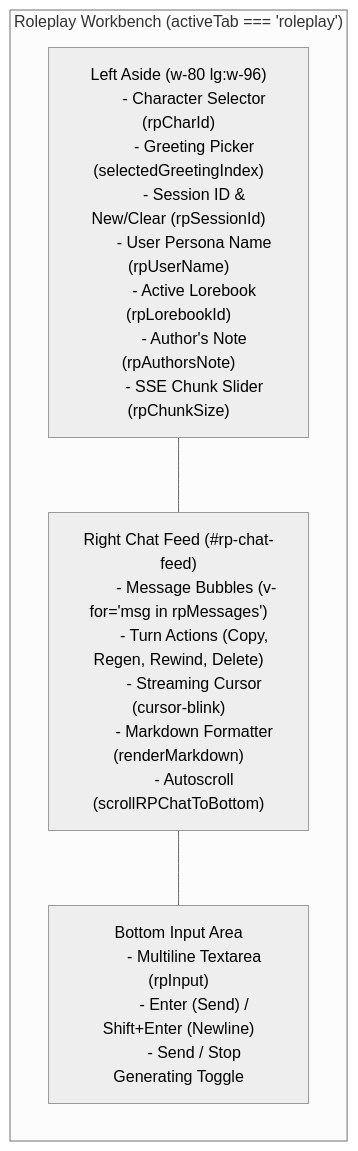
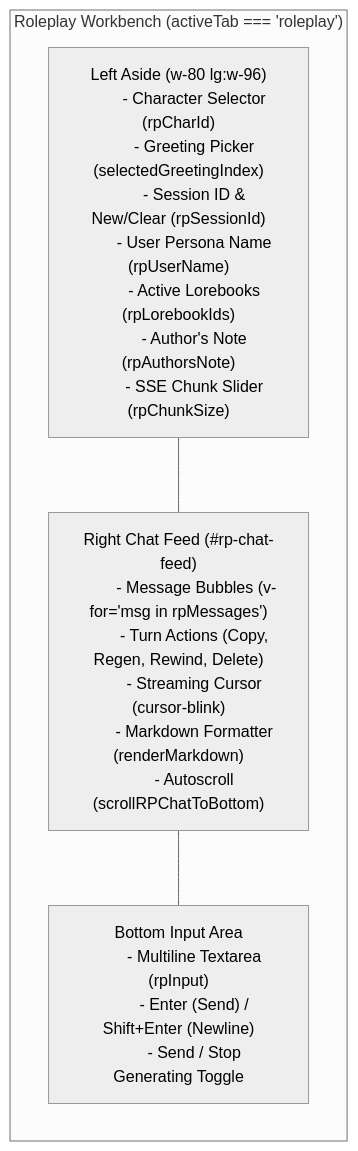
Before and after one commit to tangcc35/slm-vlm-post-training: the second of 3 diagrams in .agents/skills/story-rp-frontend/references/ui-components-and-modes.md, drawn with Mermaid (neutral theme). The commit also changed other lines of this file and 16 other files, not shown here.

````diff
--- a/.agents/skills/story-rp-frontend/references/ui-components-and-modes.md
+++ b/.agents/skills/story-rp-frontend/references/ui-components-and-modes.md
@@ -63,26 +63,26 @@
 ```mermaid
 flowchart LR
     subgraph RoleplayTab["Roleplay Workbench (activeTab === 'roleplay')"]
         direction TB
         Sidebar["Left Aside (w-80 lg:w-96)
         - Character Selector (rpCharId)
         - Greeting Picker (selectedGreetingIndex)
         - Session ID & New/Clear (rpSessionId)
         - User Persona Name (rpUserName)
-        - Active Lorebook (rpLorebookId)
+        - Active Lorebooks (rpLorebookIds)
         - Author's Note (rpAuthorsNote)
         - SSE Chunk Slider (rpChunkSize)"]
         ChatFeed["Right Chat Feed (#rp-chat-feed)
         - Message Bubbles (v-for='msg in rpMessages')
         - Turn Actions (Copy, Regen, Rewind, Delete)
         - Streaming Cursor (cursor-blink)
         - Markdown Formatter (renderMarkdown)
         - Autoscroll (scrollRPChatToBottom)"]
         InputBar["Bottom Input Area
         - Multiline Textarea (rpInput)
         - Enter (Send) / Shift+Enter (Newline)
         - Send / Stop Generating Toggle"]
         Sidebar --- ChatFeed
         ChatFeed --- InputBar
     end
 ```
````
